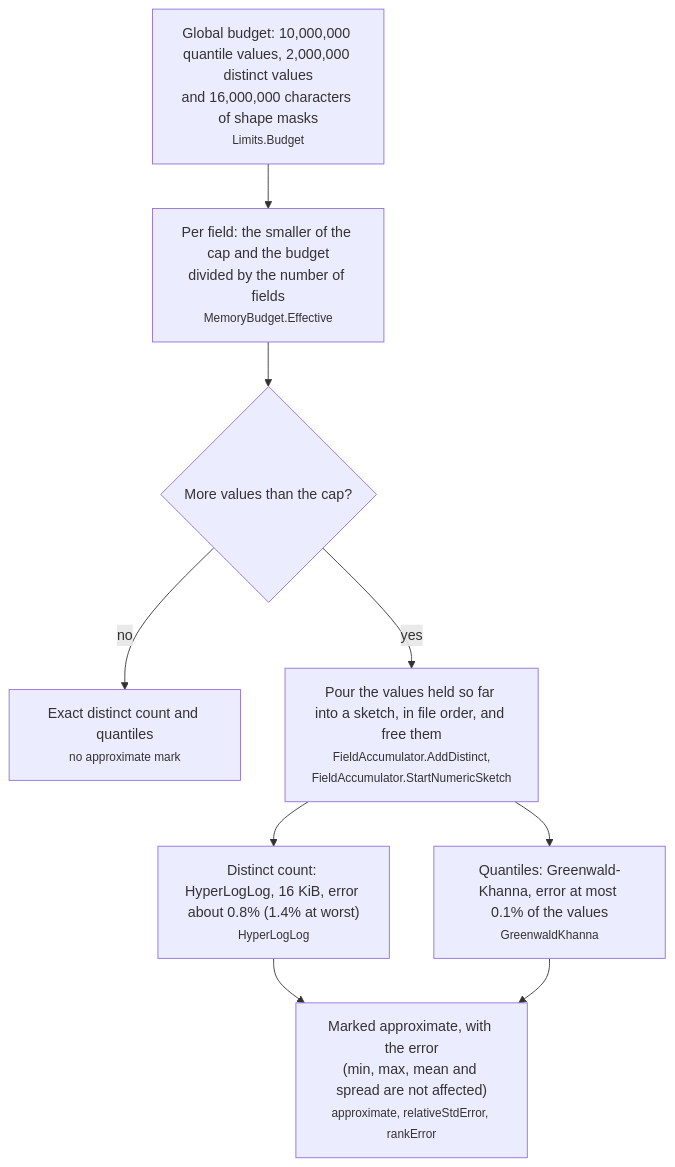
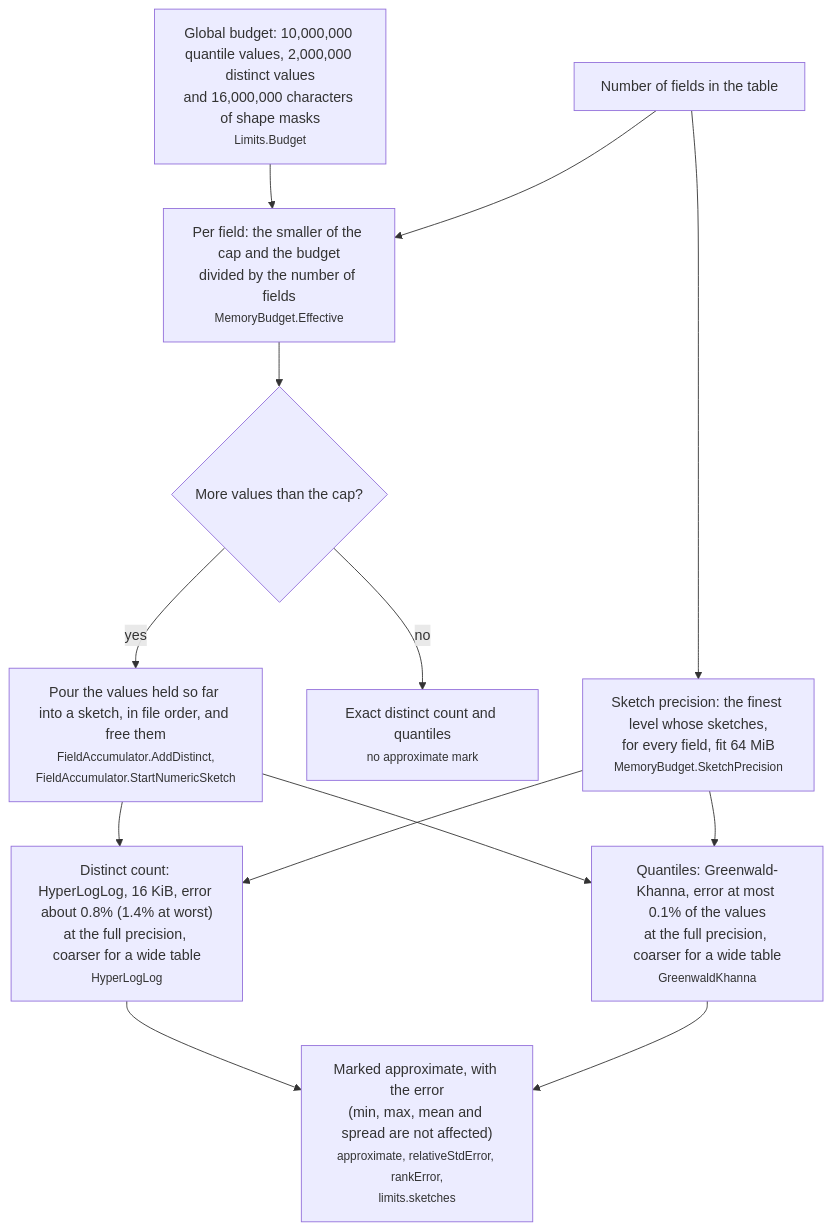
Before and after one commit to squalor-xyz/squalify: diagram 15 of 30 in docs/how-it-works.md, drawn with Mermaid. The commit also changed other lines of this file and 18 other files, not shown here.

Commit message:
sq-38: scale sketch precision by field count under the memory budget

````diff
--- a/docs/how-it-works.md
+++ b/docs/how-it-works.md
@@ -237,11 +237,15 @@
 ```mermaid
 flowchart TD
     B["Global budget: 10,000,000 quantile values, 2,000,000 distinct values<br/>and 16,000,000 characters of shape masks<br/><small>Limits.Budget</small>"] --> P["Per field: the smaller of the cap and the budget<br/>divided by the number of fields<br/><small>MemoryBudget.Effective</small>"]
+    F["Number of fields in the table"] --> P
+    F --> Q["Sketch precision: the finest level whose sketches,<br/>for every field, fit 64 MiB<br/><small>MemoryBudget.SketchPrecision</small>"]
     P --> X{"More values than the cap?"}
     X -- "no" --> Exact["Exact distinct count and quantiles<br/><small>no approximate mark</small>"]
     X -- "yes" --> Move["Pour the values held so far into a sketch, in file order, and free them<br/><small>FieldAccumulator.AddDistinct,<br/>FieldAccumulator.StartNumericSketch</small>"]
-    Move --> Hll["Distinct count: HyperLogLog, 16 KiB, error about 0.8% (1.4% at worst)<br/><small>HyperLogLog</small>"]
-    Move --> Gk["Quantiles: Greenwald-Khanna, error at most 0.1% of the values<br/><small>GreenwaldKhanna</small>"]
-    Hll --> Ap["Marked approximate, with the error<br/>(min, max, mean and spread are not affected)<br/><small>approximate, relativeStdError, rankError</small>"]
+    Move --> Hll["Distinct count: HyperLogLog, 16 KiB, error about 0.8% (1.4% at worst)<br/>at the full precision, coarser for a wide table<br/><small>HyperLogLog</small>"]
+    Move --> Gk["Quantiles: Greenwald-Khanna, error at most 0.1% of the values<br/>at the full precision, coarser for a wide table<br/><small>GreenwaldKhanna</small>"]
+    Q --> Hll
+    Q --> Gk
+    Hll --> Ap["Marked approximate, with the error<br/>(min, max, mean and spread are not affected)<br/><small>approximate, relativeStdError, rankError,<br/>limits.sketches</small>"]
     Gk --> Ap
 ```
````
